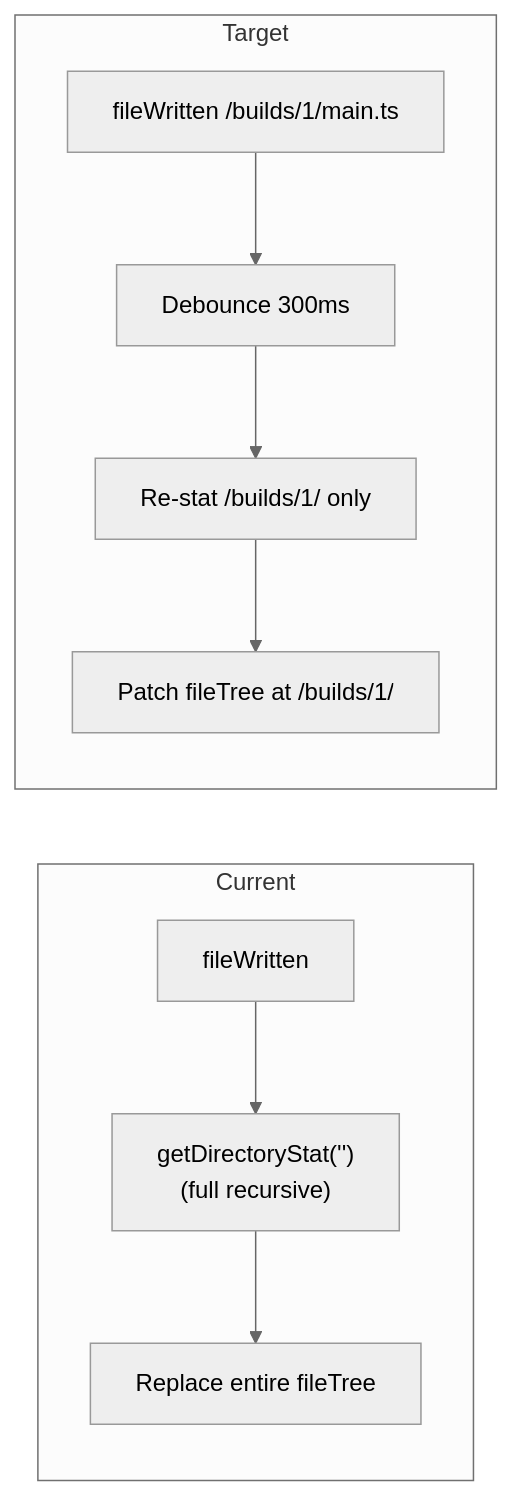
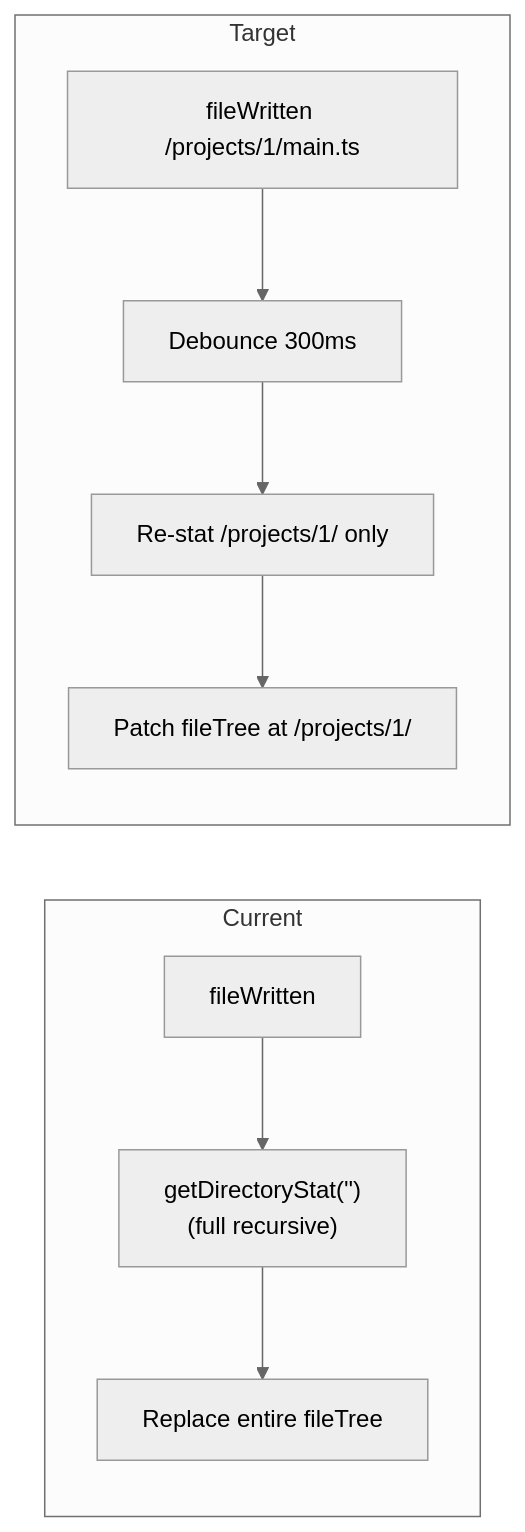
Before and after one commit to xupeiwust/tau: diagram 12 of 14 in docs/research/filesystem-architecture.md, drawn with Mermaid (neutral theme). The commit also changed other lines of this file and 305 other files, not shown here.

Commit message:
chore(root): rename builds to projects

````diff
--- a/docs/research/filesystem-architecture.md
+++ b/docs/research/filesystem-architecture.md
@@ -485,13 +485,13 @@
 ```mermaid
 flowchart LR
     subgraph current ["Current"]
         Mutation["fileWritten"] --> FullRefresh["getDirectoryStat('')\n(full recursive)"]
         FullRefresh --> ReplaceTree["Replace entire fileTree"]
     end
 
     subgraph target ["Target"]
-        Mutation2["fileWritten /builds/1/main.ts"] --> Debounce["Debounce 300ms"]
-        Debounce --> IncrRefresh["Re-stat /builds/1/ only"]
-        IncrRefresh --> PatchTree["Patch fileTree at /builds/1/"]
+        Mutation2["fileWritten /projects/1/main.ts"] --> Debounce["Debounce 300ms"]
+        Debounce --> IncrRefresh["Re-stat /projects/1/ only"]
+        IncrRefresh --> PatchTree["Patch fileTree at /projects/1/"]
     end
 ```
````
